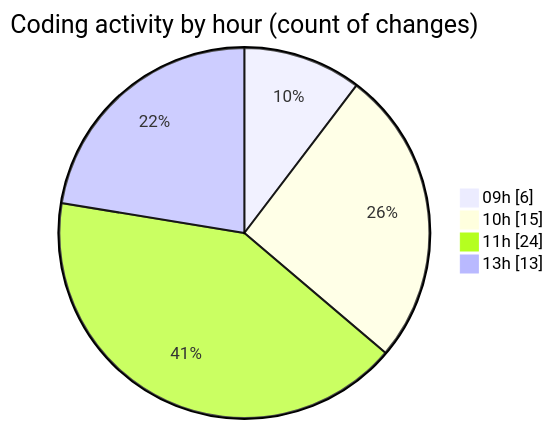
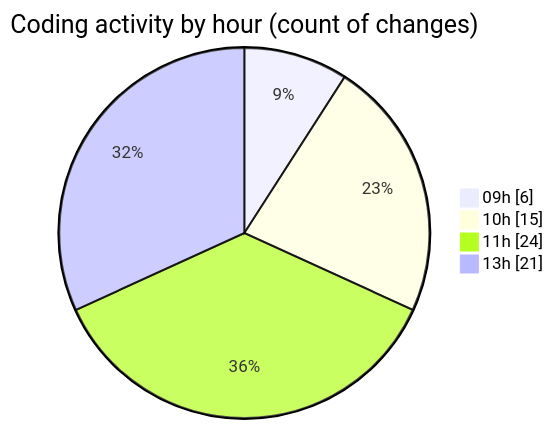
Before and after one commit to momahboobian/code-tracking: the second of 2 diagrams in 2026-04-20/cda/README.md, drawn with Mermaid. The commit also changed other lines of this file and 1 other file, not shown here.

````diff
--- a/2026-04-20/cda/README.md
+++ b/2026-04-20/cda/README.md
@@ -45,8 +46,8 @@
 ```mermaid
 pie showData
 title Coding activity by hour (count of changes)
 "09h" : 6
 "10h" : 15
 "11h" : 24
-"13h" : 13
+"13h" : 21
 ```
````
